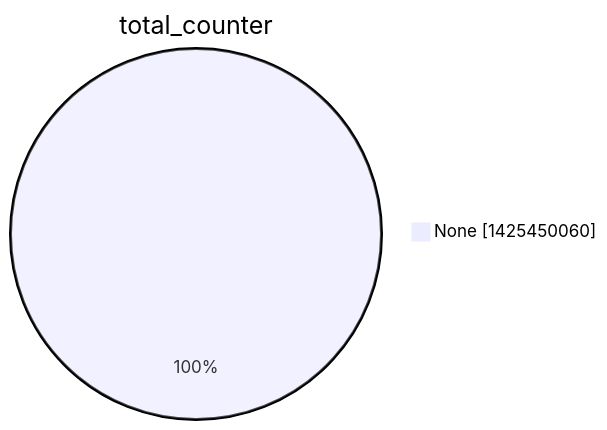
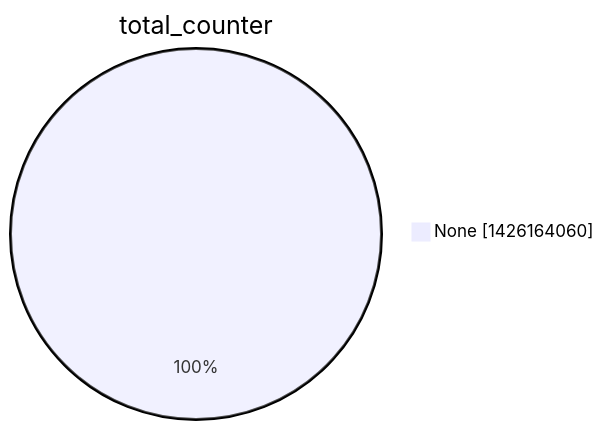
Before and after one commit to christiankrug/ctmonitor_visualization: the second of 15 diagrams in argon2022/README.md, drawn with Mermaid. The commit also changed other lines of this file, not shown here.

````diff
--- a/argon2022/README.md
+++ b/argon2022/README.md
@@ -9,5 +9,5 @@
 ```mermaid
 pie showData
 title total_counter
-"None" :1425450060
+"None" :1426164060
 ```
````
